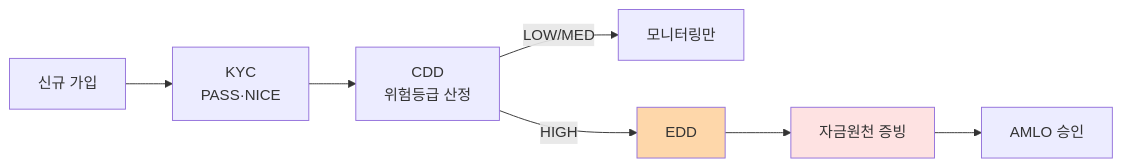
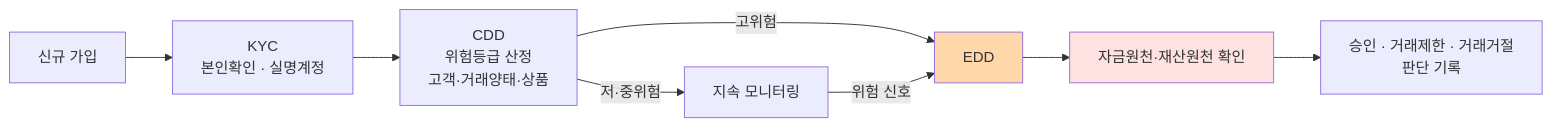
Before and after one commit to lala-david/aml-notes: the second of 2 diagrams in curriculum/day_03.md, drawn with Mermaid. The commit also changed other lines of this file and 233 other files, not shown here.

````diff
--- a/curriculum/day_03.md
+++ b/curriculum/day_03.md
@@ -54,11 +58,12 @@
 ```mermaid
 flowchart LR
-    N[신규 가입] --> K[KYC<br/>PASS·NICE]
-    K --> C[CDD<br/>위험등급 산정]
-    C -->|LOW/MED| M[모니터링만]
-    C -->|HIGH| E[EDD]
-    E --> S[자금원천 증빙]
-    S --> A[AMLO 승인]
+    N["신규 가입"] --> K["KYC<br/>본인확인 · 실명계정"]
+    K --> C["CDD<br/>위험등급 산정<br/>고객·거래양태·상품"]
+    C -->|저·중위험| M["지속 모니터링"]
+    C -->|고위험| E["EDD"]
+    M -->|위험 신호| E
+    E --> S["자금원천·재산원천 확인"]
+    S --> A["승인 · 거래제한 · 거래거절<br/>판단 기록"]
     style E fill:#fed7aa
     style S fill:#fee2e2
 ```
````
